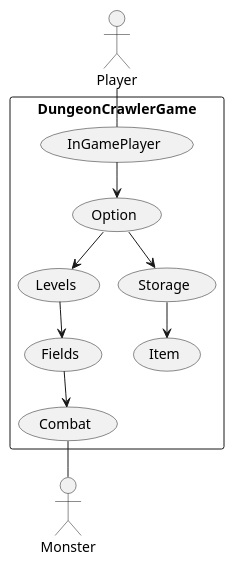
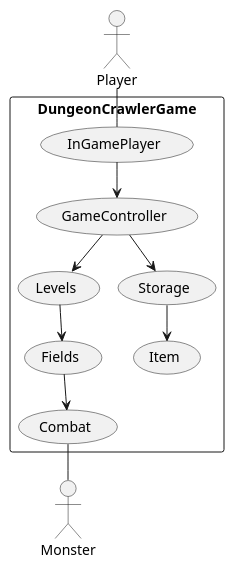
The diagram in src/resources/uml-diagrams/Use Case.puml (AbdullahMarwan/CPH-IceProject-DungeonCrawler), drawn with PlantUML before and after one commit. The commit also changed 2 other files, not shown here.

```diff
--- a/src/resources/uml-diagrams/Use Case.puml
+++ b/src/resources/uml-diagrams/Use Case.puml
@@ -1,23 +1,23 @@
 @startuml
 !pragma layout smetana
 
 actor Player
 actor Monster
 
 rectangle DungeonCrawlerGame {
     Player -- (InGamePlayer)
-    (InGamePlayer) --> (Option)
+    (InGamePlayer) --> (GameController)
 
-    (Option) --> (Levels)
-    (Option) --> (Storage)
+    (GameController) --> (Levels)
+    (GameController) --> (Storage)
 
     (Storage) --> (Item)
 
     (Levels) --> (Fields)
     (Fields) --> (Combat)
 
     (Combat) -- Monster
 
 }
 
 @enduml
```
